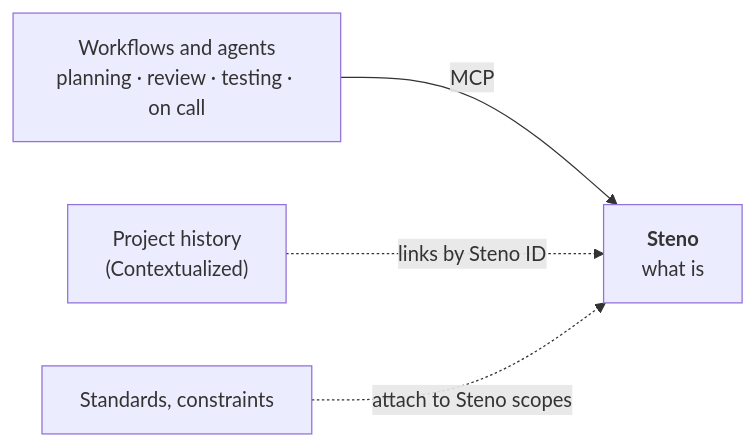
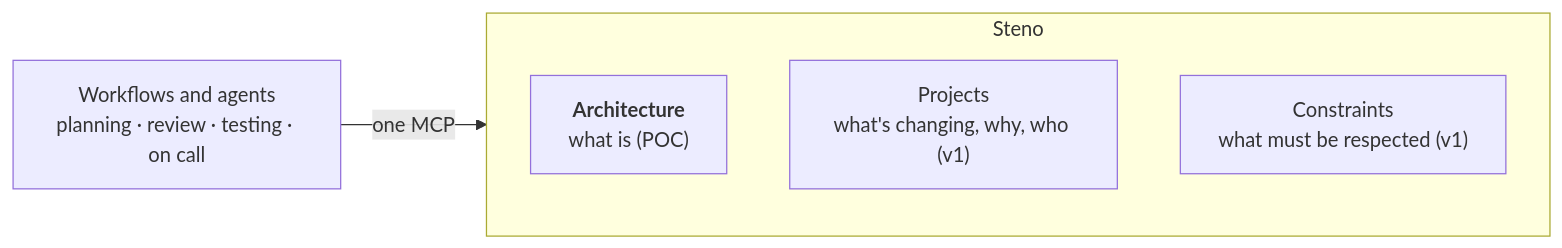
The second of 2 diagrams in docs/README.md (KBavis/steno), drawn with Mermaid before and after one commit. The commit also changed other lines of this file and 17 other files, not shown here.

````diff
--- a/docs/README.md
+++ b/docs/README.md
@@ -36,6 +37,10 @@
 ```mermaid
 flowchart LR
-    WF["Workflows and agents<br/>planning · review · testing · on call"] -- MCP --> ST["<b>Steno</b><br/>what is"]
-    CX["Project history<br/>(Contextualized)"] -. "links by Steno ID" .-> ST
-    OT["Standards, constraints"] -. "attach to Steno scopes" .-> ST
+    WF["Workflows and agents<br/>planning · review · testing · on call"] -- "one MCP" --> ST
+    subgraph ST["Steno"]
+      direction TB
+      A["<b>Architecture</b><br/>what is (POC)"]
+      P["Projects<br/>what's changing, why, who (v1)"]
+      C["Constraints<br/>what must be respected (v1)"]
+    end
 ```
````
